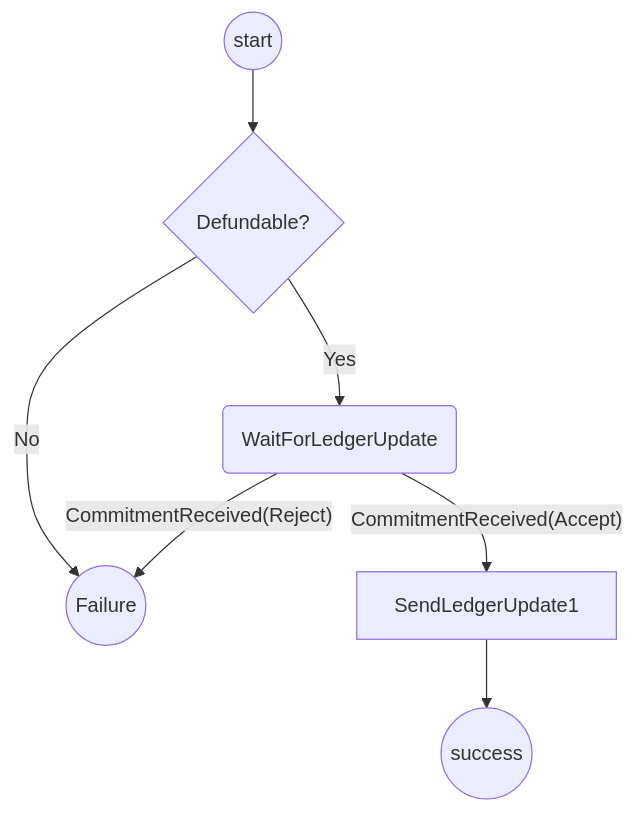
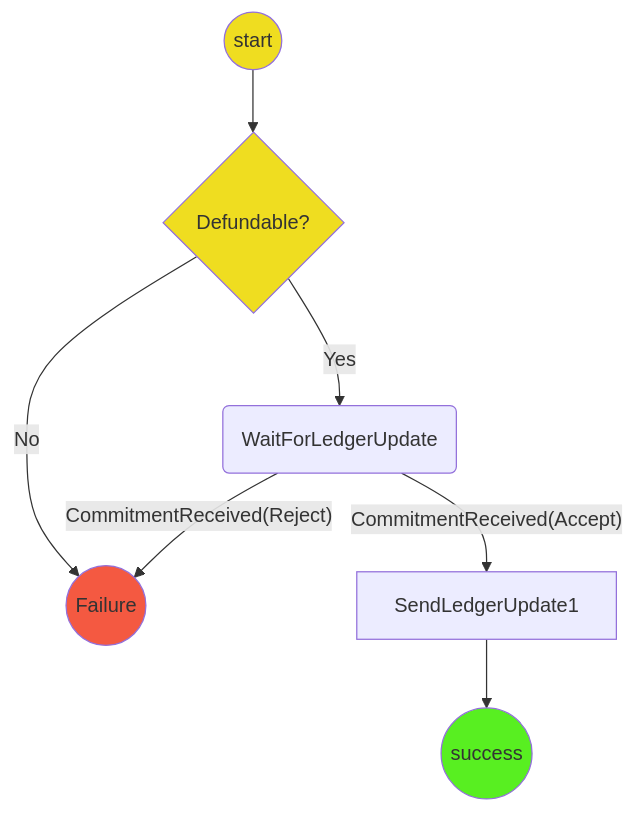
One commit to magmo/apps changed the second of 2 diagrams in packages/wallet/src/redux/protocols/indirect-defunding/readme.md. Above: the diagram before and after it, drawn with Mermaid. The commit also changed other lines of this file and 4 other files, not shown here.

````diff
--- a/packages/wallet/src/redux/protocols/indirect-defunding/readme.md
+++ b/packages/wallet/src/redux/protocols/indirect-defunding/readme.md
@@ -27,10 +33,16 @@
 ```mermaid
 graph TD
+linkStyle default interpolate basis
   St((start))-->DF{Defundable?}
   DF --> |No| F((Failure))
   DF --> |Yes| WFU(WaitForLedgerUpdate)
   WFU-->|"CommitmentReceived(Accept)"|SC1[SendLedgerUpdate1]
   WFU --> |"CommitmentReceived(Reject)"| F
   SC1-->S((success))
 
+  style St  fill:#efdd20
+  style DF  fill:#efdd20
+  style S fill:#58ef21
+  style F  fill:#f45941
+
 ```
````
